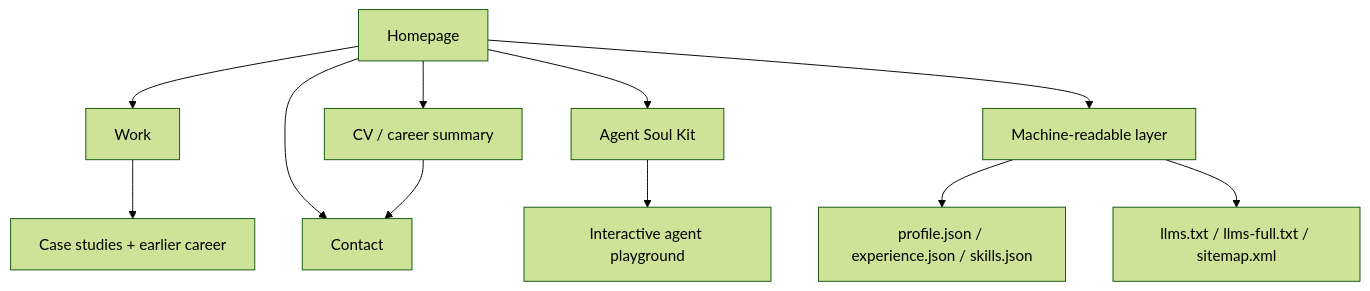
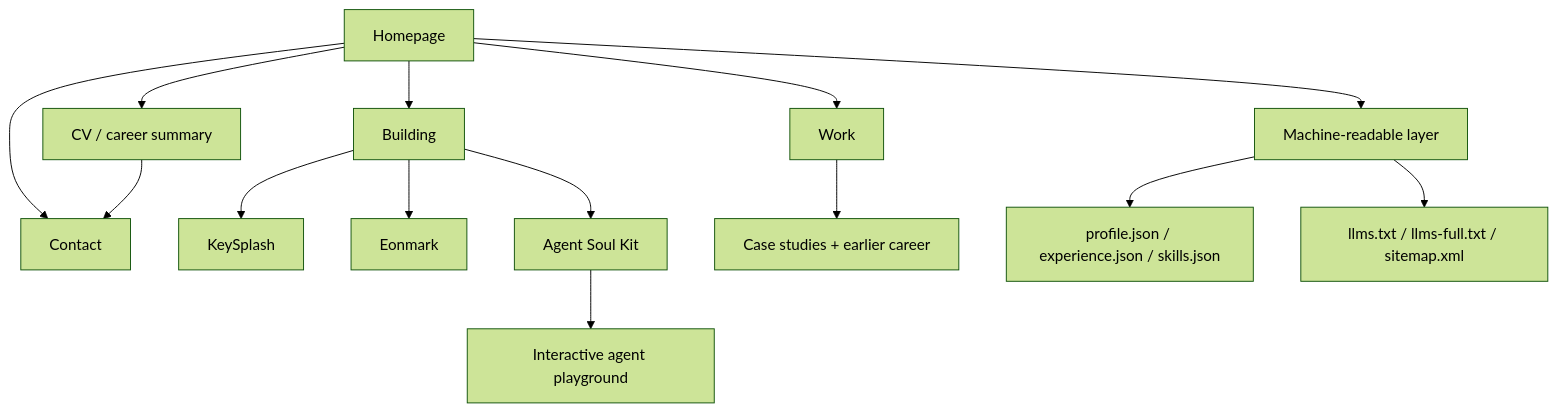
The diagram in README.md (tonianev/tonianev.github.io), drawn with Mermaid (forest theme) before and after one commit. The commit also changed other lines of this file and 17 other files, not shown here.

````diff
--- a/README.md
+++ b/README.md
@@ -16,13 +16,16 @@
 ```mermaid
 flowchart TD
     A["Homepage"] --> B["Work"]
     A --> C["CV / career summary"]
     A --> D["Contact"]
-    A --> E["Agent Soul Kit"]
+    A --> K["Building"]
+    K --> L["KeySplash"]
+    K --> M["Eonmark"]
+    K --> E["Agent Soul Kit"]
     B --> F["Case studies + earlier career"]
     C --> D
     A --> G["Machine-readable layer"]
     G --> H["profile.json / experience.json / skills.json"]
     G --> I["llms.txt / llms-full.txt / sitemap.xml"]
     E --> J["Interactive agent playground"]
 ```
````
